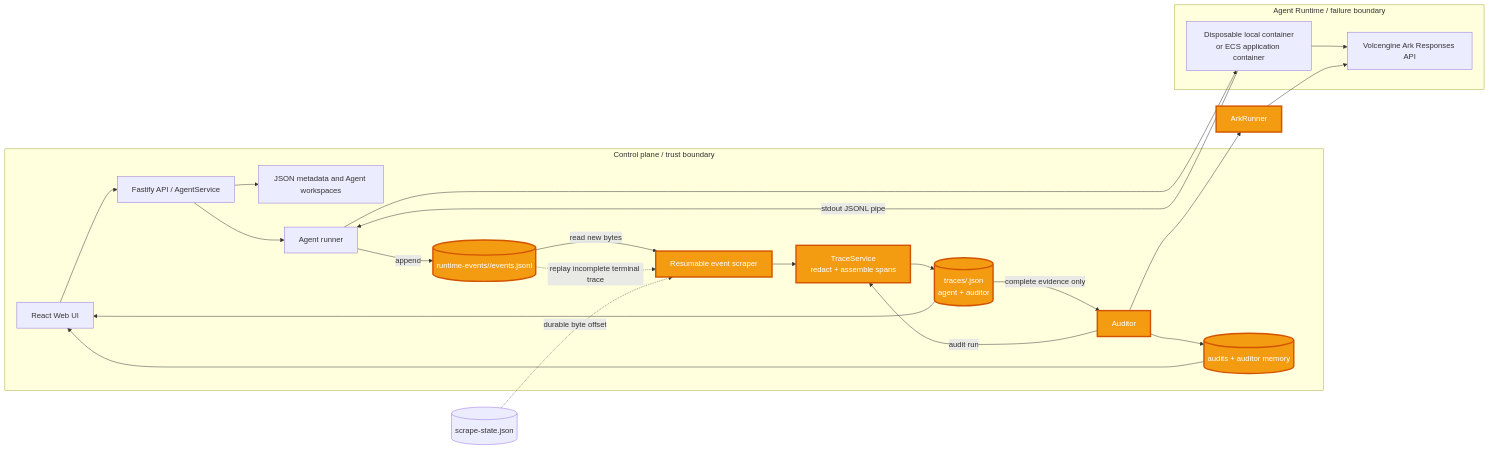
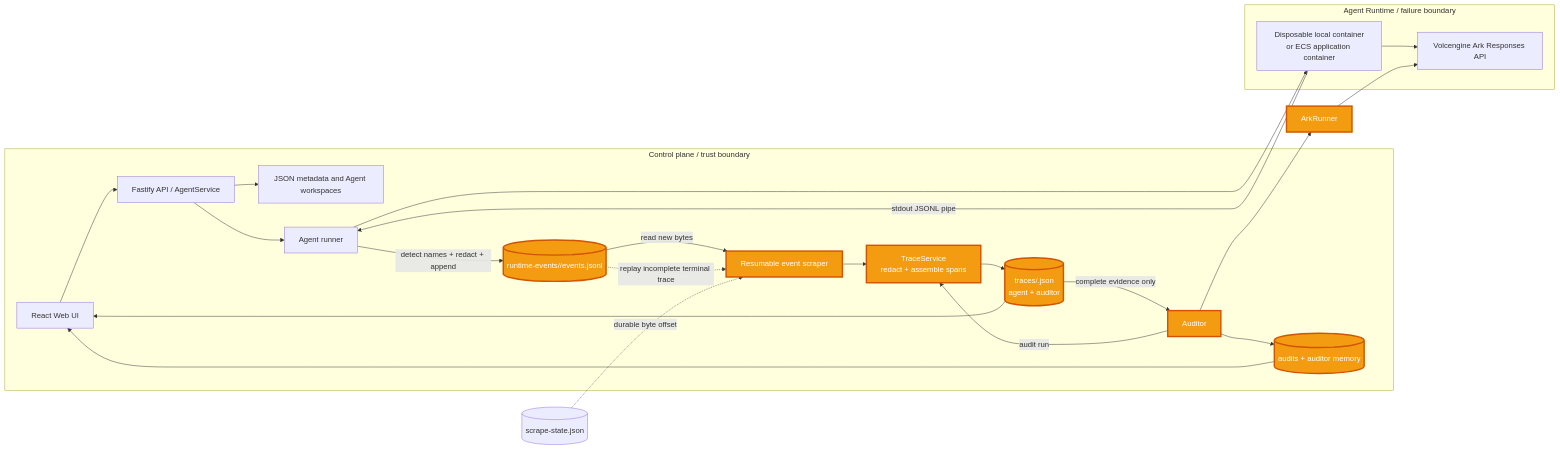
One commit to Not-jovan/Monkey changed the first of 3 diagrams in README.md. Above: the diagram before and after it, drawn with Mermaid. The commit also changed other lines of this file and 6 other files, not shown here.

Commit message:
fix: redact persisted runtime events

````diff
--- a/README.md
+++ b/README.md
@@ -14,36 +14,36 @@
 ```mermaid
 flowchart LR
     subgraph Control["Control plane / trust boundary"]
         UI["React Web UI"] --> API["Fastify API / AgentService"]
         API --> Store["JSON metadata and Agent workspaces"]
         API --> Runner["Agent runner"]
-        Runner -->|append| EventFile[("runtime-events/<runId>/events.jsonl")]
+        Runner -->|detect names + redact + append| EventFile[("runtime-events/<runId>/events.jsonl")]
         Scraper["Resumable event scraper"] --> Tracer["TraceService\nredact + assemble spans"]
         Tracer --> Traces[("traces/<traceId>.json\nagent + auditor")]
         Traces -->|complete evidence only| Auditor["Auditor"]
         Auditor --> Audits[("audits + auditor memory")]
         Traces --> UI
         Audits --> UI
     end
 
     subgraph RuntimeBoundary["Agent Runtime / failure boundary"]
         Runner --> Container["Disposable local container\nor ECS application container"]
         Container --> Ark["Volcengine Ark Responses API"]
         Container -->|stdout JSONL pipe| Runner
     end
 
     EventFile -->|read new bytes| Scraper
     EventFile -.->|replay incomplete terminal trace| Scraper
     ScrapeState[("scrape-state.json")] -.->|durable byte offset| Scraper
     Auditor --> ArkRunner["ArkRunner"]
     ArkRunner --> Ark
     Auditor -->|audit run| Tracer
 
     style EventFile fill:#f39c12,stroke:#d35400,stroke-width:3px,color:#ffffff
     style Scraper fill:#f39c12,stroke:#d35400,stroke-width:3px,color:#ffffff
     style Tracer fill:#f39c12,stroke:#d35400,stroke-width:3px,color:#ffffff
     style Traces fill:#f39c12,stroke:#d35400,stroke-width:3px,color:#ffffff
     style Auditor fill:#f39c12,stroke:#d35400,stroke-width:3px,color:#ffffff
     style ArkRunner fill:#f39c12,stroke:#d35400,stroke-width:3px,color:#ffffff
     style Audits fill:#f39c12,stroke:#d35400,stroke-width:3px,color:#ffffff
 ```
````
